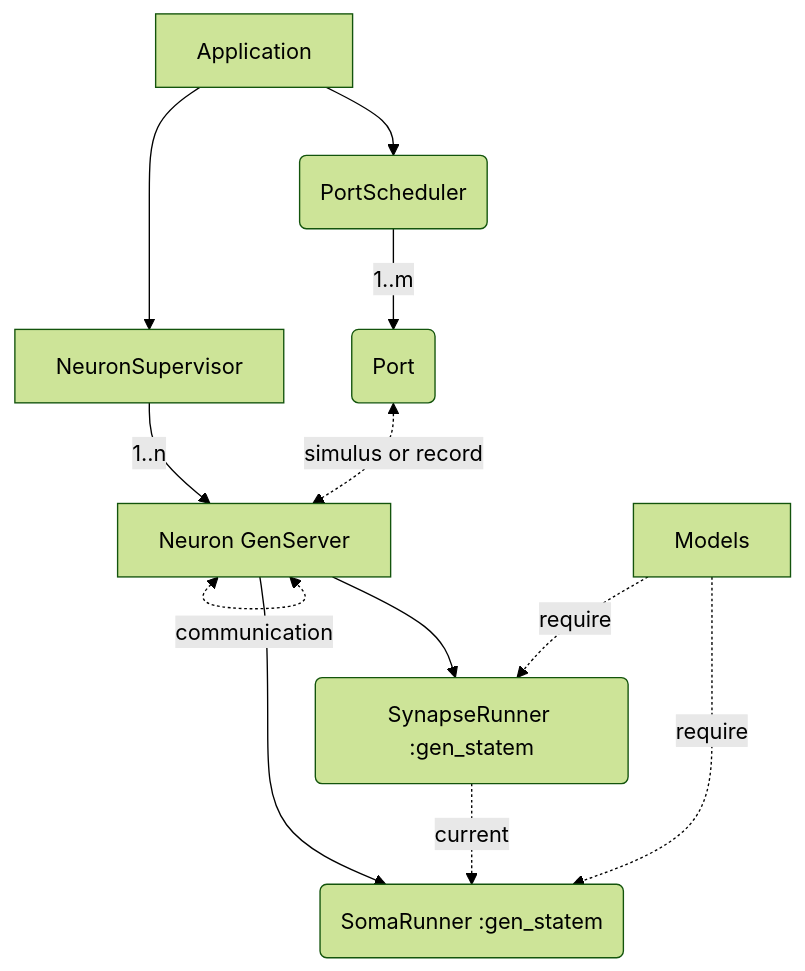
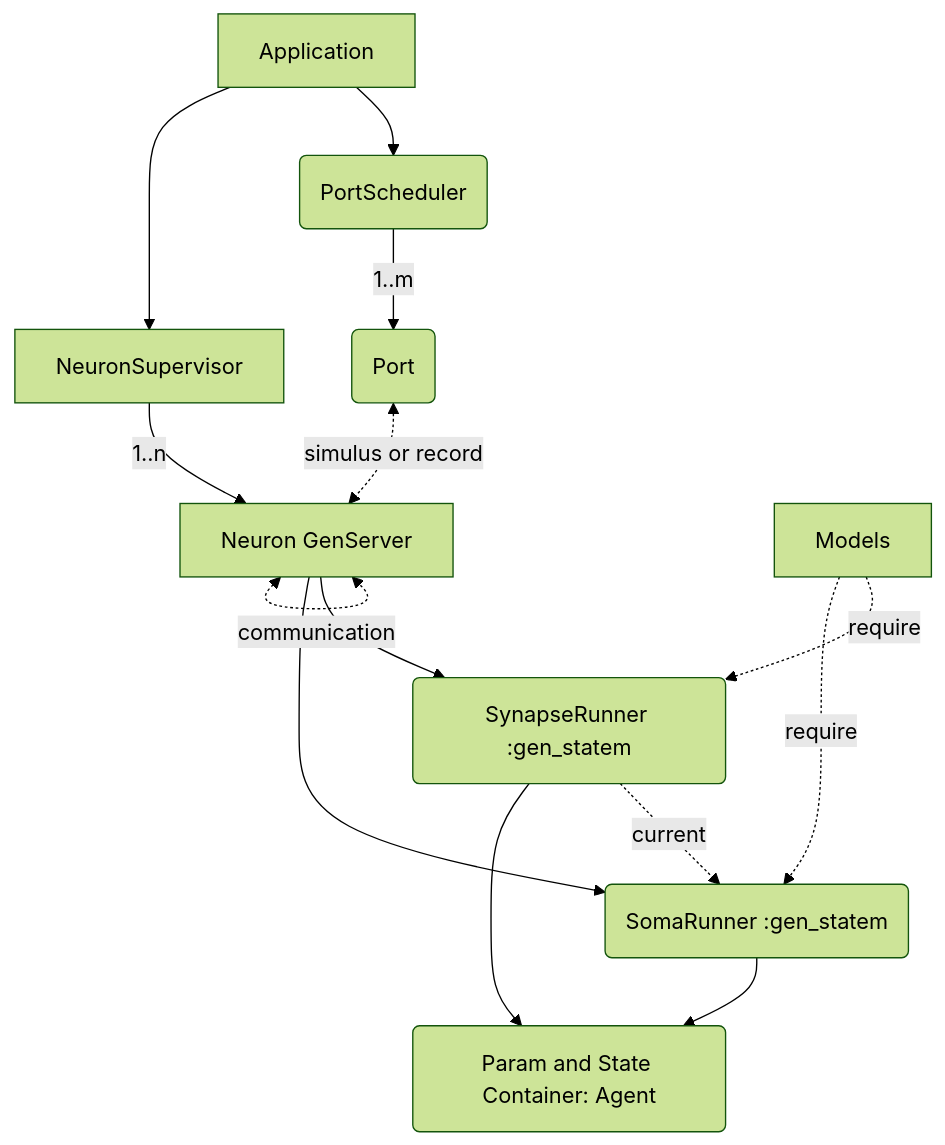
One commit to GES233/Glowworm changed the diagram in README.md. Above: the diagram before and after it, drawn with Mermaid (forest theme).

Commit message:
添加了 Agents

````diff
--- a/README.md
+++ b/README.md
@@ -19,14 +19,14 @@
 ```mermaid
 graph TD
   Application --> NeuronSupervisor
   NeuronSupervisor --1..n--> Neuron["Neuron GenServer"]
   Application --> PortScheduler("PortScheduler")
   PortScheduler --1..m--> Port("Port")
   Port <-.simulus or record.-> Neuron
   Neuron <-.communication.-> Neuron
-  Neuron --> SomaRunner("SomaRunner :gen_statem")
-  Neuron --> SynapseRunner("SynapseRunner :gen_statem")
+  Neuron --> SomaRunner("SomaRunner :gen_statem") --> Container("Param and State Container: Agent")
+  Neuron --> SynapseRunner("SynapseRunner :gen_statem") --> Container("Param and State Container: Agent")
   SynapseRunner -.current.-> SomaRunner
   Models -.require.-> SomaRunner
   Models -.require.-> SynapseRunner
 ```
````
